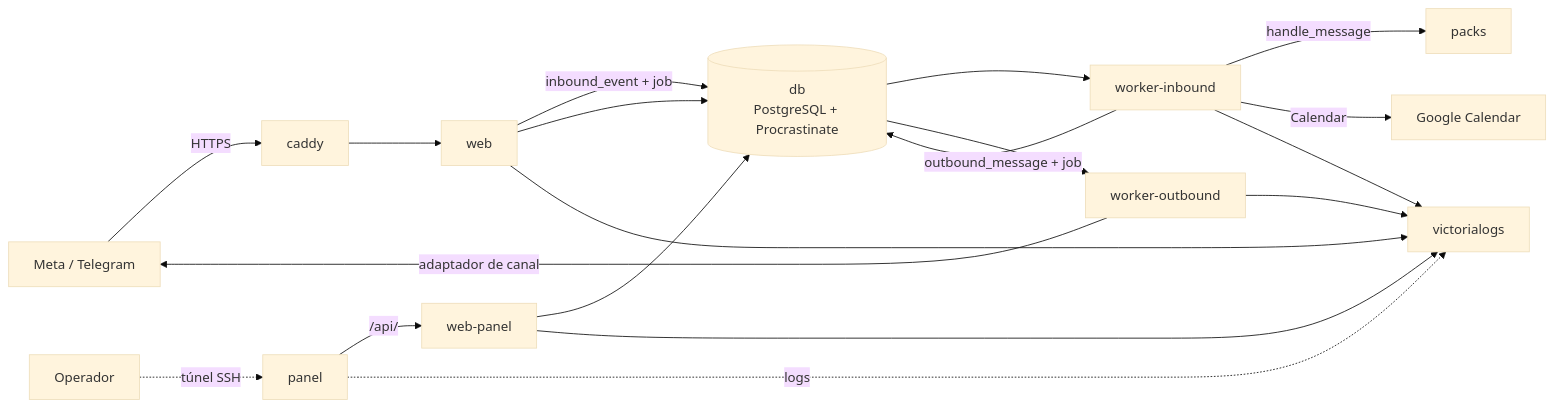
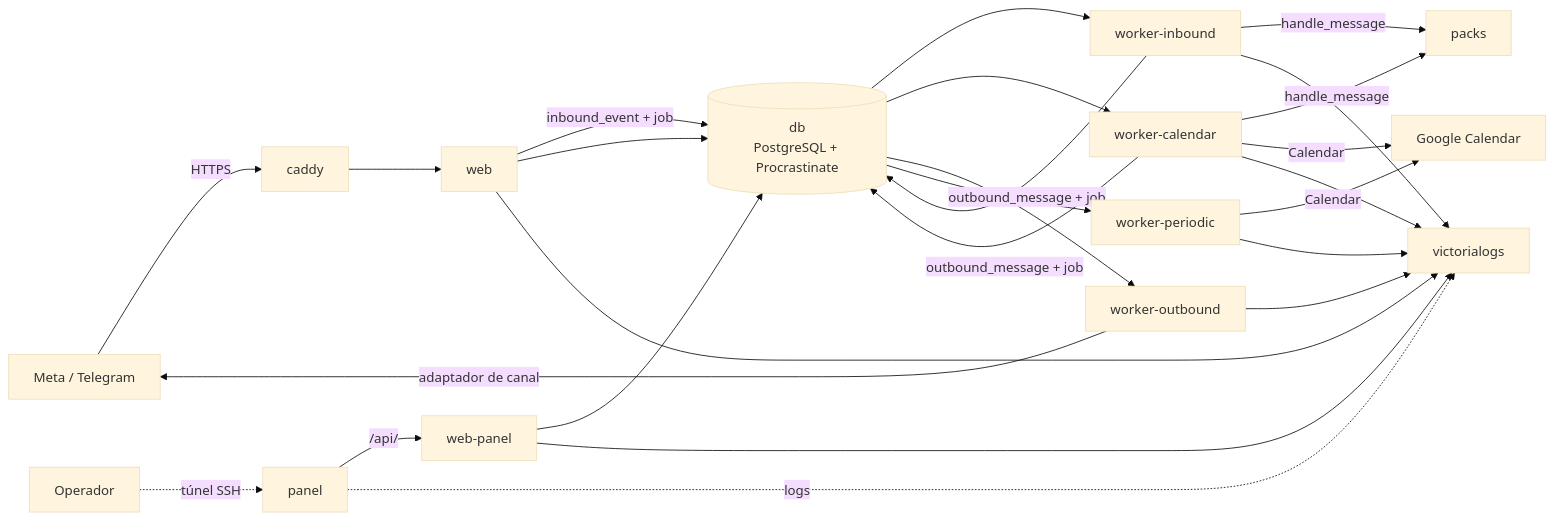
One commit to MarianodelRio/autobot changed the diagram in docs/arquitectura/vision-general.md. Above: the diagram before and after it, drawn with Mermaid (base theme). The commit also changed other lines of this file and 183 other files, not shown here.

````diff
--- a/docs/arquitectura/vision-general.md
+++ b/docs/arquitectura/vision-general.md
@@ -30,18 +32,21 @@
 ```mermaid
 flowchart LR
     P[Meta / Telegram] -->|HTTPS| C[caddy]
     C --> W[web]
     W -->|inbound_event + job| DB[(db<br/>PostgreSQL + Procrastinate)]
     DB --> WI[worker-inbound]
-    WI -->|handle_message| PK[packs]
-    WI -->|outbound_message + job| DB
+    DB --> WC[worker-calendar]
+    WI & WC -->|handle_message| PK[packs]
+    WI & WC -->|outbound_message + job| DB
     DB --> WO[worker-outbound]
     WO -->|adaptador de canal| P
-    WI -->|Calendar| G[Google Calendar]
+    WC -->|Calendar| G[Google Calendar]
+    DB --> WPE[worker-periodic]
+    WPE -->|Calendar| G
     OP[Operador] -.túnel SSH.-> PA[panel]
     PA -->|/api/| WP[web-panel]
     WP --> DB
     W --> DB
-    W & WP & WI & WO --> VL[victorialogs]
+    W & WP & WI & WC & WPE & WO --> VL[victorialogs]
     PA -.logs.-> VL
 ```
````
